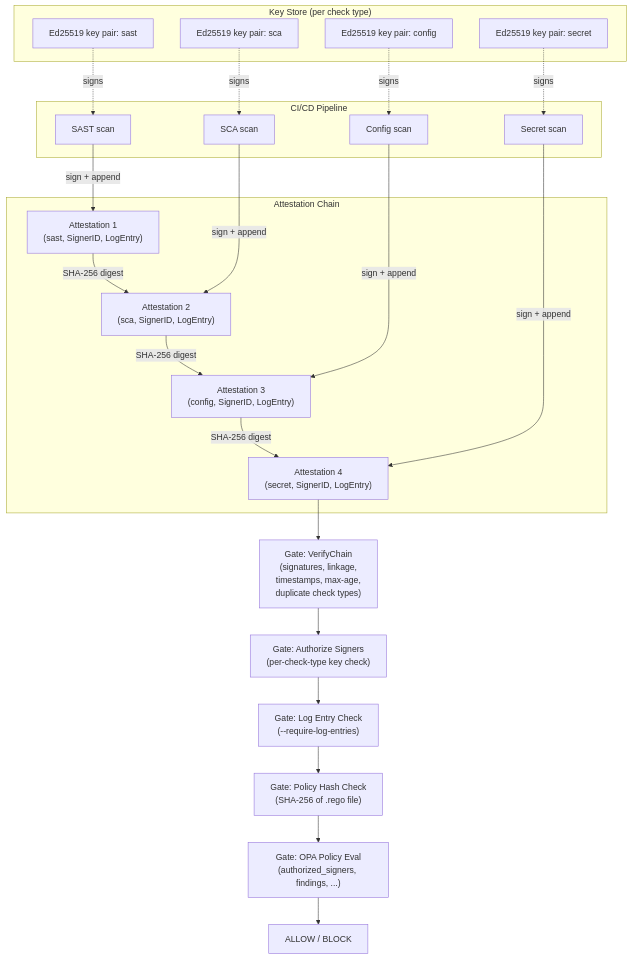
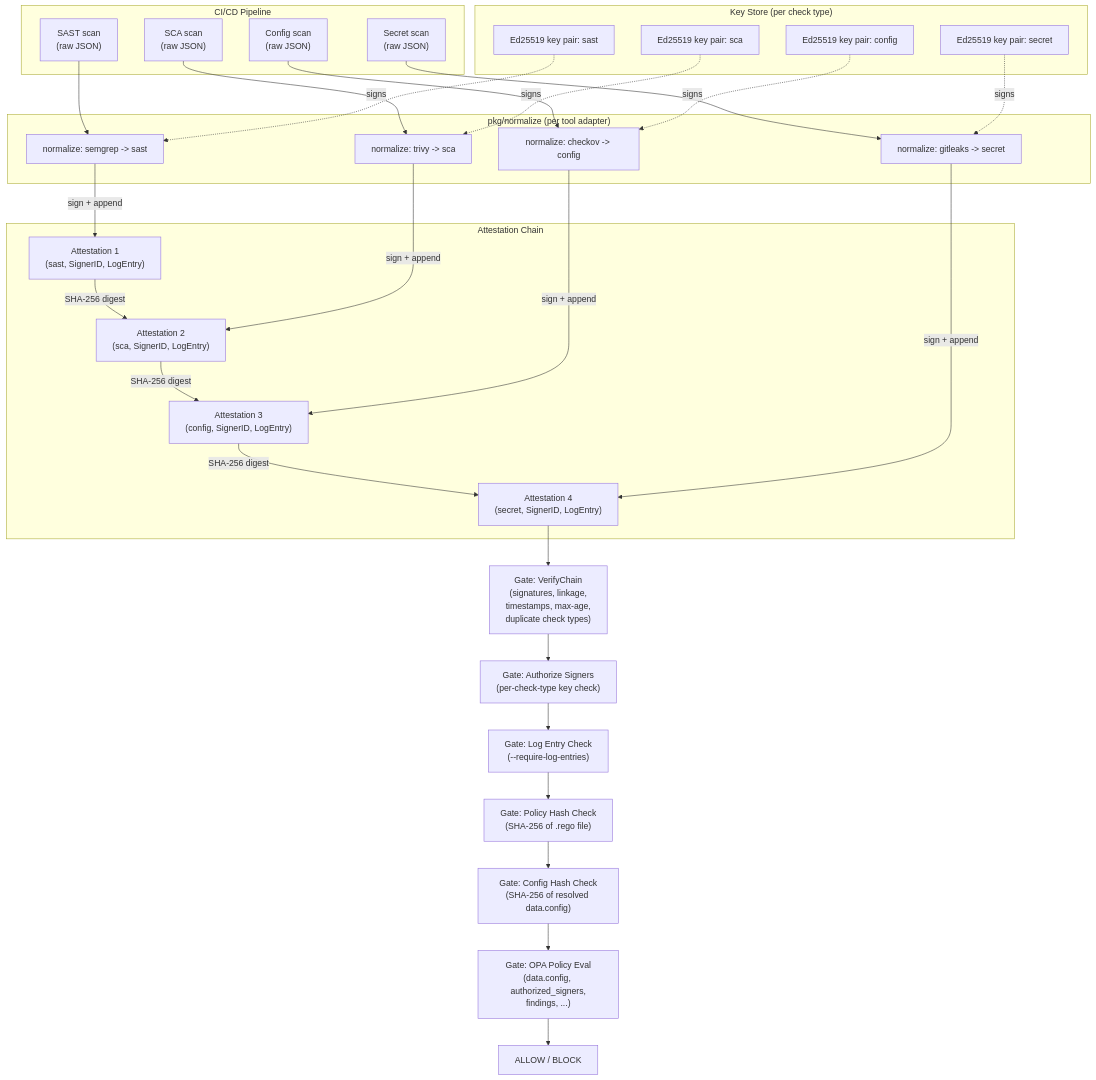
One commit to MemerGamer/devsecops-attestation changed the diagram in docs/architecture.md. Above: the diagram before and after it, drawn with Mermaid. The commit also changed other lines of this file and 6 other files, not shown here.

First line of the commit message:
docs: add integration guide and update architecture for reusable pipeline

````diff
--- a/docs/architecture.md
+++ b/docs/architecture.md
@@ -7,43 +7,56 @@
 ```mermaid
 flowchart TB
     subgraph CI["CI/CD Pipeline"]
-        SAST["SAST scan"]
-        SCA["SCA scan"]
-        CFG["Config scan"]
-        SEC["Secret scan"]
+        SAST["SAST scan\n(raw JSON)"]
+        SCA["SCA scan\n(raw JSON)"]
+        CFG["Config scan\n(raw JSON)"]
+        SEC["Secret scan\n(raw JSON)"]
+    end
+
+    subgraph NORM["pkg/normalize (per tool adapter)"]
+        N1["normalize: semgrep -> sast"]
+        N2["normalize: trivy -> sca"]
+        N3["normalize: checkov -> config"]
+        N4["normalize: gitleaks -> secret"]
     end
 
     subgraph KS["Key Store (per check type)"]
         K1["Ed25519 key pair: sast"]
         K2["Ed25519 key pair: sca"]
         K3["Ed25519 key pair: config"]
         K4["Ed25519 key pair: secret"]
     end
 
     subgraph AT["Attestation Chain"]
         A1["Attestation 1\n(sast, SignerID, LogEntry)"]
         A2["Attestation 2\n(sca, SignerID, LogEntry)"]
         A3["Attestation 3\n(config, SignerID, LogEntry)"]
         A4["Attestation 4\n(secret, SignerID, LogEntry)"]
         A1 -->|SHA-256 digest| A2
         A2 -->|SHA-256 digest| A3
         A3 -->|SHA-256 digest| A4
     end
 
-    K1 -.->|signs| SAST
-    K2 -.->|signs| SCA
-    K3 -.->|signs| CFG
-    K4 -.->|signs| SEC
+    SAST --> N1
+    SCA --> N2
+    CFG --> N3
+    SEC --> N4
 
-    SAST -->|sign + append| A1
-    SCA -->|sign + append| A2
-    CFG -->|sign + append| A3
-    SEC -->|sign + append| A4
+    K1 -.->|signs| N1
+    K2 -.->|signs| N2
+    K3 -.->|signs| N3
+    K4 -.->|signs| N4
+
+    N1 -->|sign + append| A1
+    N2 -->|sign + append| A2
+    N3 -->|sign + append| A3
+    N4 -->|sign + append| A4
 
     A4 --> GV["Gate: VerifyChain\n(signatures, linkage,\ntimestamps, max-age,\nduplicate check types)"]
     GV --> GA["Gate: Authorize Signers\n(per-check-type key check)"]
     GA --> GL["Gate: Log Entry Check\n(--require-log-entries)"]
     GL --> GH["Gate: Policy Hash Check\n(SHA-256 of .rego file)"]
-    GH --> GP["Gate: OPA Policy Eval\n(authorized_signers, findings, ...)"]
+    GH --> GC["Gate: Config Hash Check\n(SHA-256 of resolved data.config)"]
+    GC --> GP["Gate: OPA Policy Eval\n(data.config, authorized_signers,\nfindings, ...)"]
     GP --> OUT["ALLOW / BLOCK"]
 ```
````
